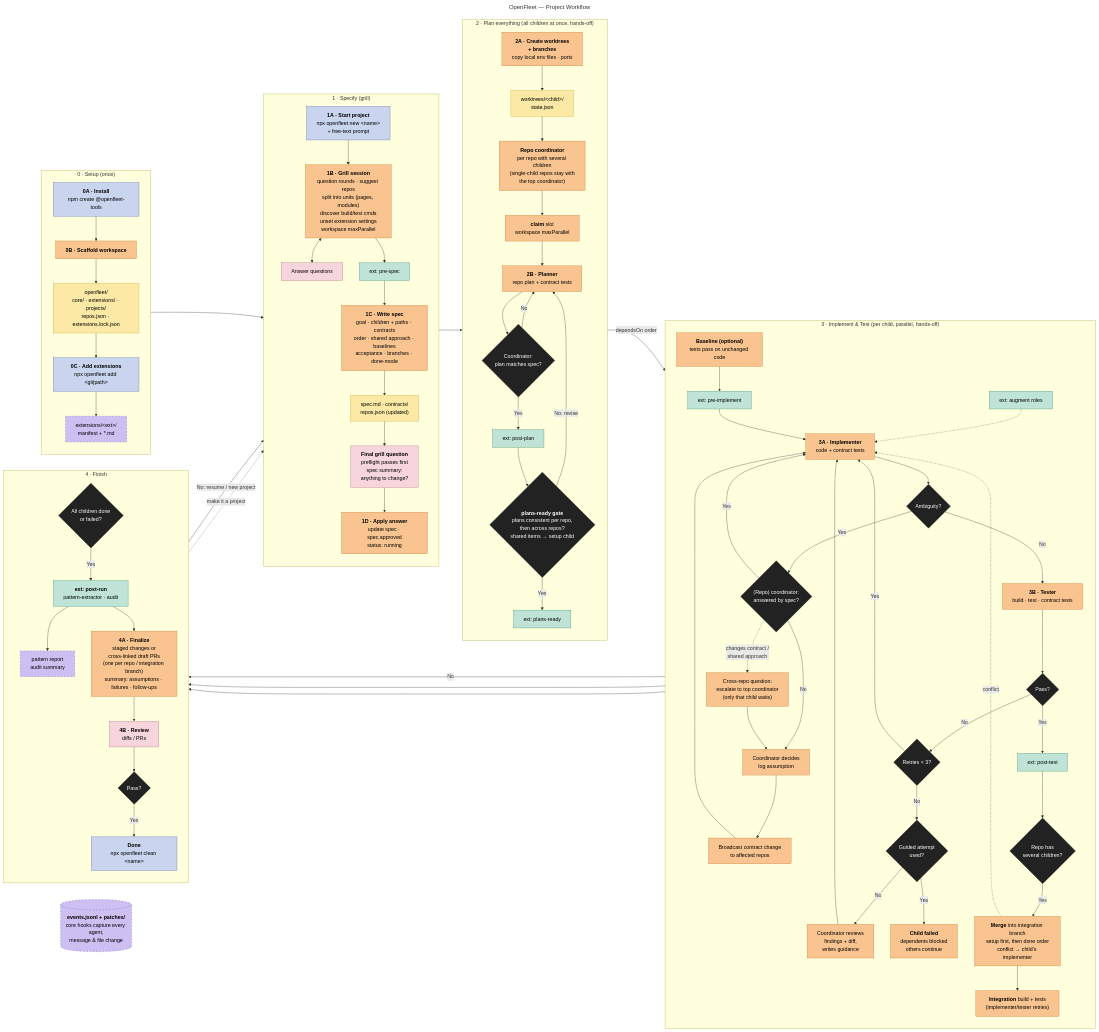
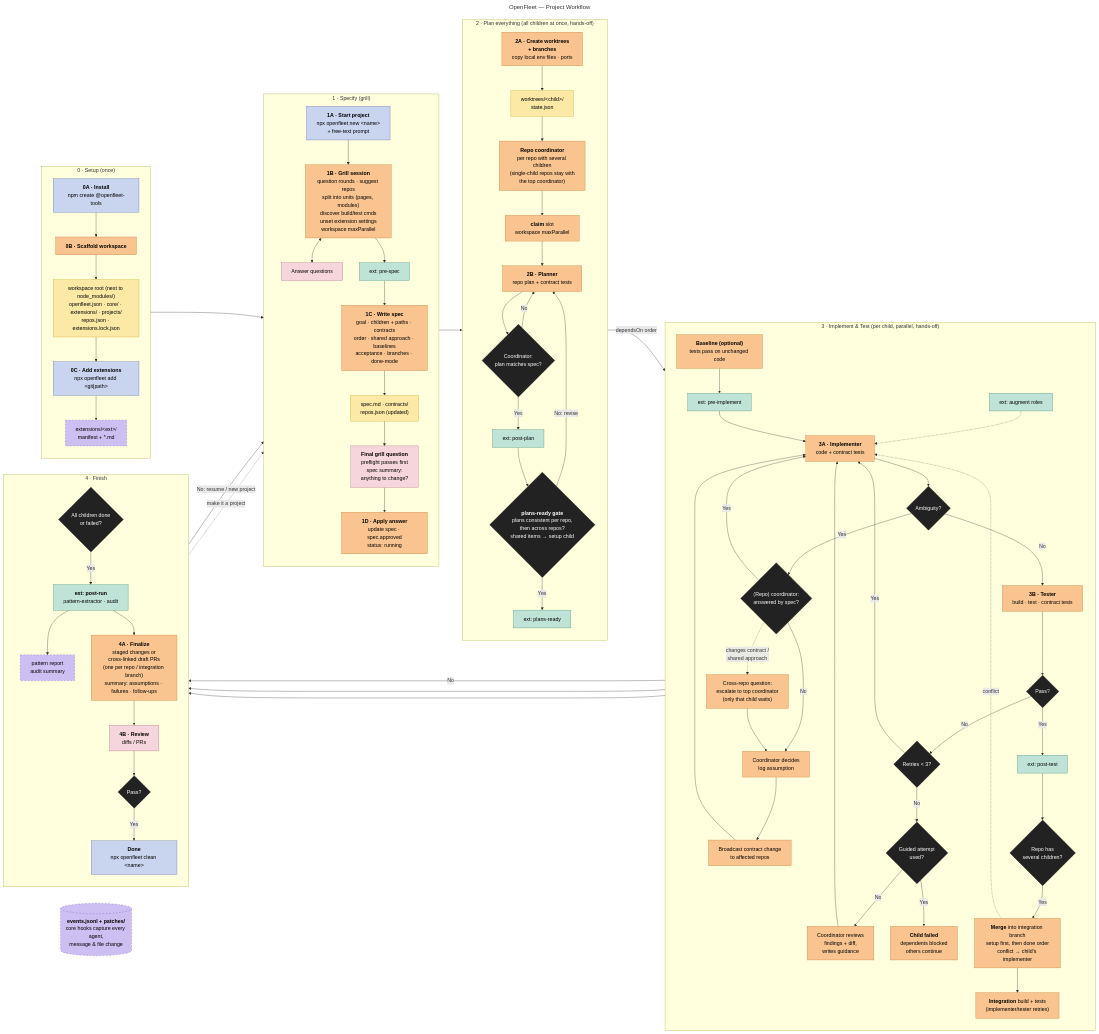
The diagram in docs/flow.mmd (yashicon21/openfleet), drawn with Mermaid before and after one commit. The commit also changed 39 other files, not shown here.

```diff
--- a/docs/flow.mmd
+++ b/docs/flow.mmd
@@ -1,124 +1,124 @@
 ---
 title: OpenFleet — Project Workflow
 ---
 flowchart LR
   subgraph S0["0 · Setup (once)"]
     direction TB
     H0["<b>0A · Install</b><br/>npm create @openfleet-tools"]
     C0["<b>0B · Scaffold workspace</b>"]
-    F0["openfleet/<br/>core/ · extensions/ · projects/<br/>repos.json · extensions.lock.json"]
+    F0["workspace root (next to node_modules/)<br/>openfleet.json · core/ · extensions/ · projects/<br/>repos.json · extensions.lock.json"]
     H0b["<b>0C · Add extensions</b><br/>npx openfleet add &lt;git|path&gt;"]
     F0b["extensions/&lt;ext&gt;/<br/>manifest + *.md"]
     H0 --> C0 --> F0 --> H0b --> F0b
   end
 
   subgraph S1["1 · Specify (grill)"]
     direction TB
     H1["<b>1A · Start project</b><br/>npx openfleet new &lt;name&gt;<br/>+ free-text prompt"]
     C1["<b>1B · Grill session</b><br/>question rounds · suggest repos<br/>split into units (pages, modules)<br/>discover build/test cmds<br/>unset extension settings<br/>workspace maxParallel"]
     HA["Answer questions"]
     X0["ext: pre-spec"]
     C2["<b>1C · Write spec</b><br/>goal · children + paths · contracts<br/>order · shared approach · baselines<br/>acceptance · branches · done-mode"]
     F1["spec.md · contracts/<br/>repos.json (updated)"]
     HR["<b>Final grill question</b><br/>preflight passes first<br/>spec summary:<br/>anything to change?"]
     CA["<b>1D · Apply answer</b><br/>update spec · spec.approved<br/>status: running"]
     H1 --> C1
     C1 <--> HA
     C1 --> X0 --> C2 --> F1 --> HR --> CA
   end
 
   subgraph S2["2 · Plan everything (all children at once, hands-off)"]
     direction TB
     C3["<b>2A · Create worktrees<br/>+ branches</b><br/>copy local env files · ports"]
     F2["worktrees/&lt;child&gt;/<br/>state.json"]
     RC["<b>Repo coordinator</b><br/>per repo with several children<br/>(single-child repos stay with<br/>the top coordinator)"]
     CL["<b>claim</b> slot<br/>workspace maxParallel"]
     P["<b>2B · Planner</b><br/>repo plan + contract tests"]
     DV{"Coordinator:<br/>plan matches spec?"}
     X1["ext: post-plan"]
     DC{"<b>plans-ready gate</b><br/>plans consistent per repo,<br/>then across repos?<br/>shared items → setup child"}
     X4["ext: plans-ready"]
     C3 --> F2 --> RC --> CL --> P --> DV
     DV -- No --> P
     DV -- Yes --> X1 --> DC
     DC -- "No: revise" --> P
     DC -- Yes --> X4
   end
 
   subgraph S3["3 · Implement & Test (per child, parallel, hands-off)"]
     direction TB
     XA["ext: augment roles"]
     B["<b>Baseline (optional)</b><br/>tests pass on unchanged code"]
     X5["ext: pre-implement"]
     I["<b>3A · Implementer</b><br/>code + contract tests"]
     DQ{"Ambiguity?"}
     CQ{"(Repo) coordinator:<br/>answered by spec?"}
     CE["Cross-repo question:<br/>escalate to top coordinator<br/>(only that child waits)"]
     CD["Coordinator decides<br/>log assumption"]
     CB["Broadcast contract change<br/>to affected repos"]
     T["<b>3B · Tester</b><br/>build · test · contract tests"]
     DT{"Pass?"}
     DN{"Retries &lt; 3?"}
     DG{"Guided attempt<br/>used?"}
     CG["Coordinator reviews<br/>findings + diff,<br/>writes guidance"]
     CF["<b>Child failed</b><br/>dependents blocked<br/>others continue"]
     X2["ext: post-test"]
     DM{"Repo has<br/>several children?"}
     M["<b>Merge</b> into integration branch<br/>setup first, then done order<br/>conflict → child's implementer"]
     IT["<b>Integration</b> build + tests<br/>(implementer/tester retries)"]
     XA -.-> I
     I --> DQ
     DQ -- Yes --> CQ
     CQ -- Yes --> I
     CQ -- No --> CD --> CB --> I
     CQ -. "changes contract /<br/>shared approach" .-> CE --> CD
     DQ -- No --> T --> DT
     DT -- No --> DN
     DN -- Yes --> I
     DN -- No --> DG
     DG -- No --> CG --> I
     DG -- Yes --> CF
     DT -- Yes --> X2 --> DM
     DM -- Yes --> M --> IT
     M -. conflict .-> I
   end
 
   subgraph S4["4 · Finish"]
     direction TB
     DA{"All children done<br/>or failed?"}
     X3["<b>ext: post-run</b><br/>pattern-extractor · audit"]
     FX["pattern report<br/>audit summary"]
     C5["<b>4A · Finalize</b><br/>staged changes or<br/>cross-linked draft PRs<br/>(one per repo / integration branch)<br/>summary: assumptions · failures · follow-ups"]
     HF["<b>4B · Review</b><br/>diffs / PRs"]
     DP{"Pass?"}
     HC["<b>Done</b><br/>npx openfleet clean &lt;name&gt;"]
     DA -- Yes --> X3 --> FX
     X3 --> C5 --> HF --> DP
     DP -- Yes --> HC
   end
 
   EV[("<b>events.jsonl + patches/</b><br/>core hooks capture every agent,<br/>message & file change")]
 
   F0b --> H1
   CA --> C3
   X4 -- "dependsOn order" --> B --> X5 --> I
   DM -- No --> DA
   IT --> DA
   CF --> DA
   DP -- "No: resume / new project" --> H1
   FX -. "make it a project" .-> H1
 
   classDef human fill:#c9d4ee,stroke:#5b6fa8,color:#000
   classDef loop fill:#f6d5dc,stroke:#b0707f,color:#000
   classDef ai fill:#f9c48f,stroke:#c07a30,color:#000
   classDef file fill:#fbe9a5,stroke:#c9a92c,color:#000
   classDef cond fill:#cdbff2,stroke:#6a55b5,stroke-dasharray:5 5,color:#000
   classDef ext fill:#bfe3d6,stroke:#3f8f75,color:#000
   classDef dec fill:#222,stroke:#000,color:#fff
   class H0,H0b,H1,HC human
   class HA,HR,HF loop
   class C0,C1,C2,CA,C3,CD,CB,CE,CG,CF,C5,P,B,I,T,RC,CL,M,IT ai
   class F0,F1,F2 file
   class F0b,FX,EV cond
   class X0,X1,XA,X2,X3,X4,X5 ext
   class DV,DC,CQ,DA,DQ,DT,DN,DG,DP,DM dec
```
